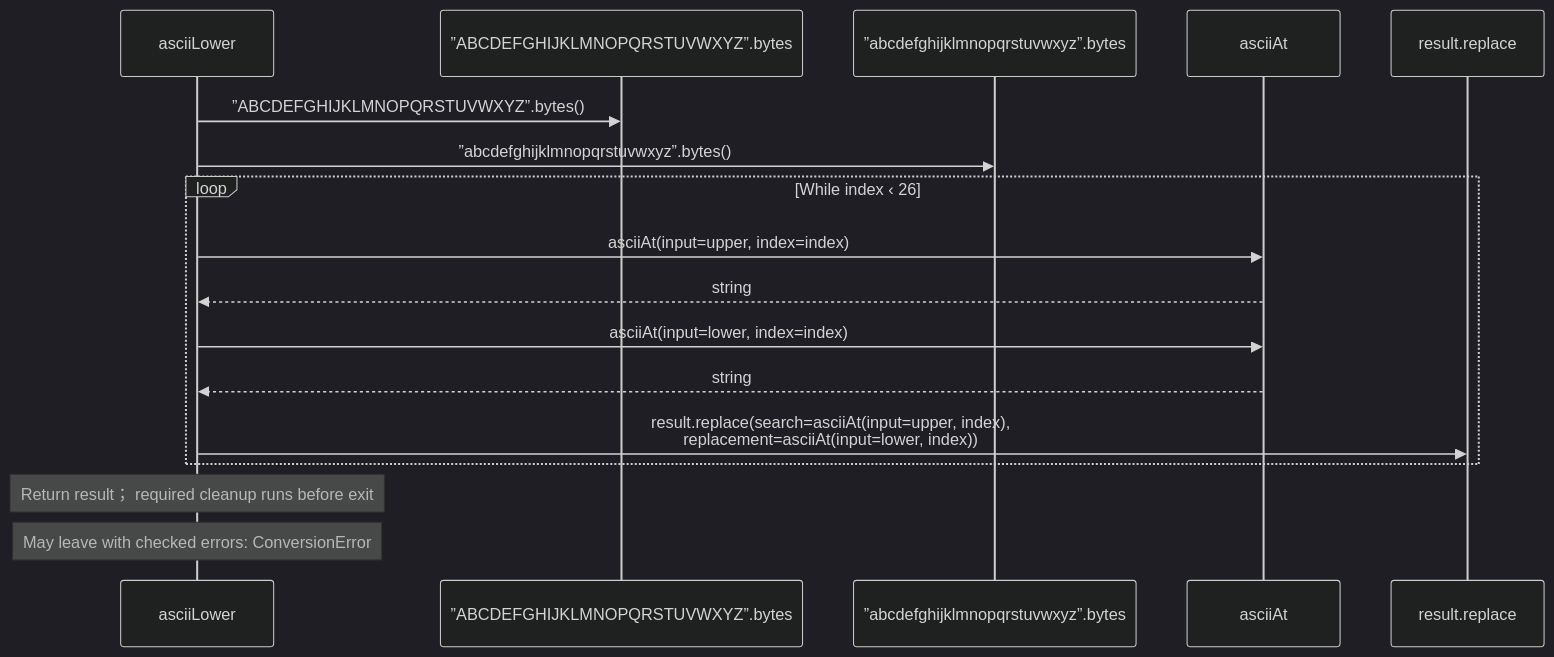
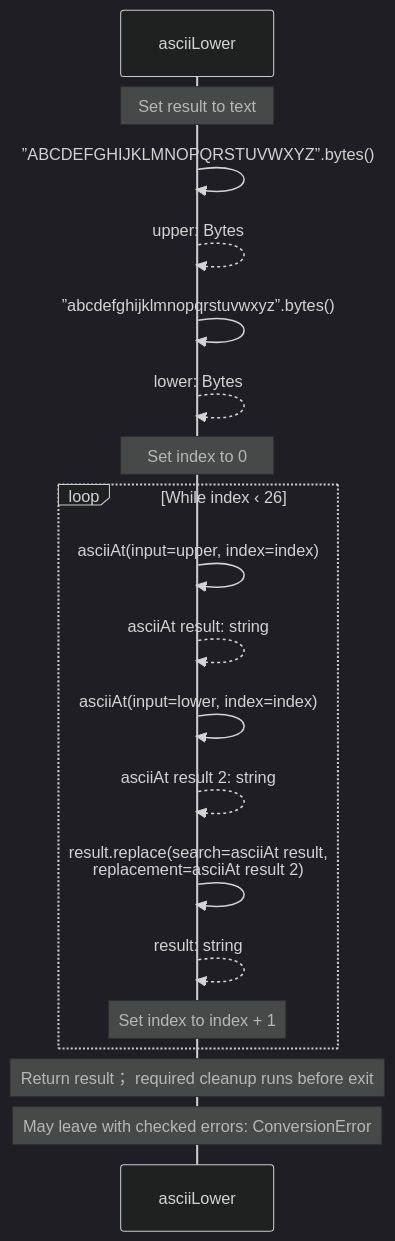
One commit to GreenPandaStudios/augscript changed the fourth of 4 diagrams in src/stdlib/values/ascii.aug.diagrams.md. Above: the diagram before and after it, drawn with Mermaid (dark theme). The commit also changed other lines of this file and 304 other files, not shown here.

Commit message:
Make generated data-flow sequences concise and review every diagram

````diff
--- a/src/stdlib/values/ascii.aug.diagrams.md
+++ b/src/stdlib/values/ascii.aug.diagrams.md
@@ -95,19 +86,22 @@
 ```mermaid
 sequenceDiagram
     participant p0 as asciiLower
-    participant p1 as ”ABCDEFGHIJKLMNOPQRSTUVWXYZ”.bytes
-    participant p2 as ”abcdefghijklmnopqrstuvwxyz”.bytes
-    participant p3 as asciiAt
-    participant p4 as result.replace
-    p0->>p1: ”ABCDEFGHIJKLMNOPQRSTUVWXYZ”.bytes()
-    p0->>p2: ”abcdefghijklmnopqrstuvwxyz”.bytes()
+
+    Note over p0: Set result to text
+    p0->>p0: ”ABCDEFGHIJKLMNOPQRSTUVWXYZ”.bytes()
+    p0-->>p0: upper: Bytes
+    p0->>p0: ”abcdefghijklmnopqrstuvwxyz”.bytes()
+    p0-->>p0: lower: Bytes
+    Note over p0: Set index to 0
     loop While index ‹ 26
-    p0->>p3: asciiAt(input=upper, index=index)
-    p3-->>p0: string
-    p0->>p3: asciiAt(input=lower, index=index)
-    p3-->>p0: string
-    p0->>p4: result.replace(search=asciiAt(input=upper, index),<br/>replacement=asciiAt(input=lower, index))
+    p0->>p0: asciiAt(input=upper, index=index)
+    p0-->>p0: asciiAt result: string
+    p0->>p0: asciiAt(input=lower, index=index)
+    p0-->>p0: asciiAt result 2: string
+    p0->>p0: result.replace(search=asciiAt result,<br/>replacement=asciiAt result 2)
+    p0-->>p0: result: string
+    Note over p0: Set index to index + 1
     end
     Note over p0: Return result； required cleanup runs before exit
     Note over p0: May leave with checked errors: ConversionError
 ```
````
